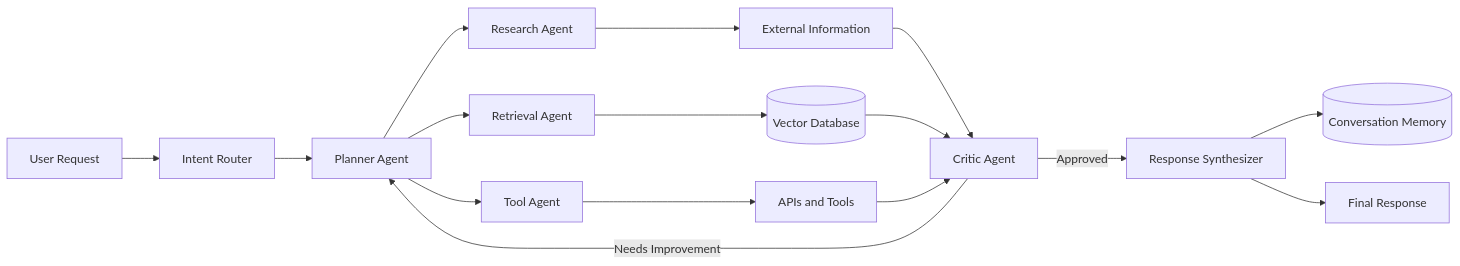
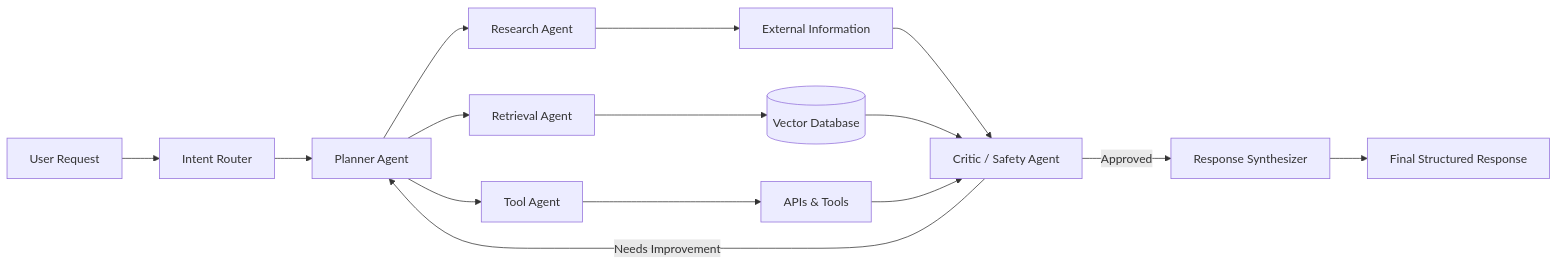
The fourth of 5 diagrams in README.md (saumyasrivastava21/saumyasrivastava21), drawn with Mermaid before and after one commit. The commit also changed other lines of this file, not shown here.

````diff
--- a/README.md
+++ b/README.md
@@ -426,23 +378,17 @@
 ```mermaid
 flowchart LR
     U[User Request] --> R[Intent Router]
-
     R --> P[Planner Agent]
     P --> RE[Research Agent]
     P --> RET[Retrieval Agent]
     P --> T[Tool Agent]
-
     RE --> WEB[External Information]
     RET --> VDB[(Vector Database)]
-    T --> API[APIs and Tools]
-
-    WEB --> C[Critic Agent]
+    T --> API[APIs & Tools]
+    WEB --> C[Critic / Safety Agent]
     VDB --> C
     API --> C
-
     C -->|Needs Improvement| P
     C -->|Approved| S[Response Synthesizer]
-
-    S --> M[(Conversation Memory)]
-    S --> F[Final Response]
+    S --> F[Final Structured Response]
 ```
````
